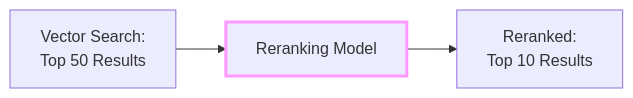
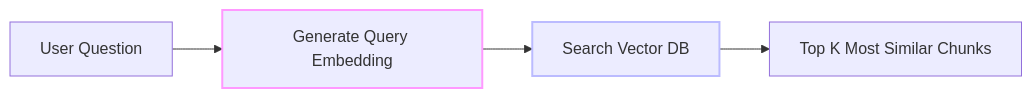
Before and after one commit to Shaddix/mostlylucidweb: the third of 4 diagrams in Mostlylucid/Markdown/rag-primer.md, drawn with Mermaid. The commit also changed other lines of this file and 2 other files, not shown here.

````diff
--- a/Mostlylucid/Markdown/rag-primer.md
+++ b/Mostlylucid/Markdown/rag-primer.md
@@ -477,7 +193,9 @@
 ```mermaid
 flowchart LR
-    A[Vector Search:<br/>Top 50 Results] --> B[Reranking Model]
-    B --> C[Reranked:<br/>Top 10 Results]
+    A[User Question] --> B[Generate Query Embedding]
+    B --> C[Search Vector DB]
+    C --> D[Top K Most Similar Chunks]
 
-    style B stroke:#f9f,stroke-width:3px
+    style B stroke:#f9f,stroke-width:2px
+    style C stroke:#bbf,stroke-width:2px
 ```
````
